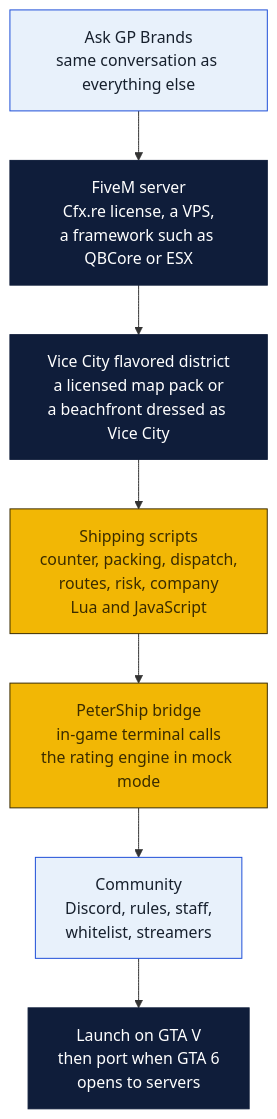
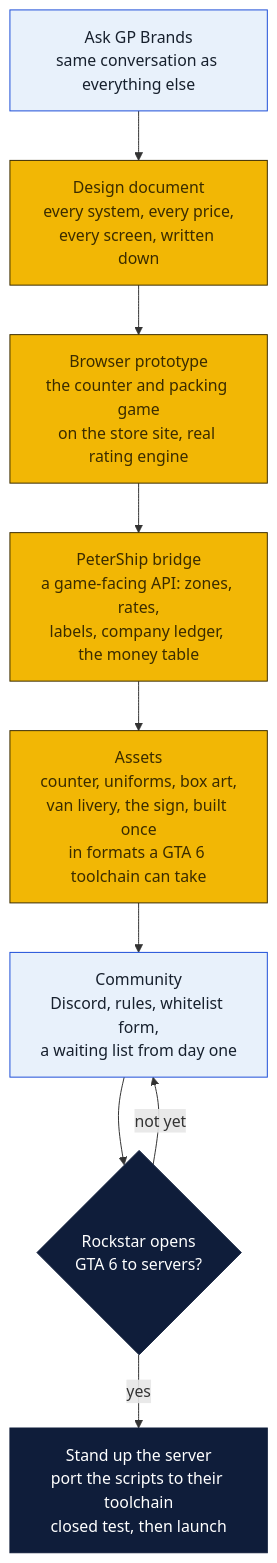
The third of 4 diagrams in monetization/vice-city-rp/README.md (wbp318/goin-postal-forsythe), drawn with Mermaid before and after one commit. The commit also changed other lines of this file and 3 other files, not shown here.

Commit message:
Vice City RP plan rewritten for GTA 6 only: build now without a server, one money table for the rumored real-money economy

````diff
--- a/monetization/vice-city-rp/README.md
+++ b/monetization/vice-city-rp/README.md
@@ -112,12 +115,14 @@
 ```mermaid
 flowchart TD
-  A["Ask GP Brands<br/>same conversation as everything else"]:::you --> B["FiveM server<br/>Cfx.re license, a VPS,<br/>a framework such as QBCore or ESX"]:::cloud
-  B --> C["Vice City flavored district<br/>a licensed map pack or<br/>a beachfront dressed as Vice City"]:::cloud
-  C --> D["Shipping scripts<br/>counter, packing, dispatch,<br/>routes, risk, company<br/>Lua and JavaScript"]:::store
-  D --> E["PeterShip bridge<br/>in-game terminal calls<br/>the rating engine in mock mode"]:::store
-  E --> F["Community<br/>Discord, rules, staff,<br/>whitelist, streamers"]:::you
-  F --> G["Launch on GTA V<br/>then port when GTA 6<br/>opens to servers"]:::cloud
+  A["Ask GP Brands<br/>same conversation as everything else"]:::you --> D["Design document<br/>every system, every price,<br/>every screen, written down"]:::store
+  D --> P["Browser prototype<br/>the counter and packing game<br/>on the store site, real rating engine"]:::store
+  P --> B["PeterShip bridge<br/>a game-facing API: zones, rates,<br/>labels, company ledger, the money table"]:::store
+  B --> AS["Assets<br/>counter, uniforms, box art,<br/>van livery, the sign, built once<br/>in formats a GTA 6 toolchain can take"]:::store
+  AS --> CM["Community<br/>Discord, rules, whitelist form,<br/>a waiting list from day one"]:::you
+  CM --> W{"Rockstar opens<br/>GTA 6 to servers?"}:::cloud
+  W -->|yes| S["Stand up the server<br/>port the scripts to their toolchain<br/>closed test, then launch"]:::cloud
+  W -->|not yet| CM
   classDef store fill:#f2b705,stroke:#3b2c00,color:#3b2c00
   classDef cloud fill:#0f1d3a,stroke:#0f1d3a,color:#ffffff
   classDef you fill:#e8f1fb,stroke:#1d4ed8,color:#17202d
 ```
````
